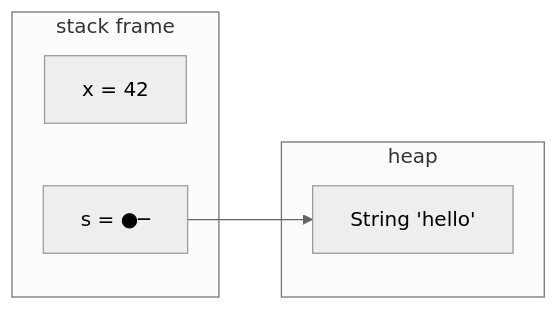
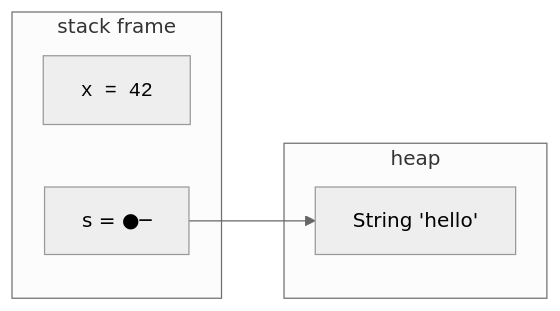
The second of 5 diagrams in content/learn/java-programming-for-beginners/stack-and-heap.mdx (dataslope/dataslope), drawn with Mermaid (neutral theme) before and after one commit. The commit also changed other lines of this file and 100 other files, not shown here.

First line of the commit message:
Wrap more code in diagram labels: filenames, hex, assignments, subgraph titles

````diff
--- a/content/learn/java-programming-for-beginners/stack-and-heap.mdx
+++ b/content/learn/java-programming-for-beginners/stack-and-heap.mdx
@@ -53,11 +53,11 @@
 ```mermaid
 flowchart LR
     subgraph S[stack frame]
-        X["x = 42"]
+        X["<code>x = 42</code>"]
         SREF["s = ●─"]
     end
     subgraph H[heap]
         STR["String 'hello'"]
     end
     SREF --> STR
 ```
````
